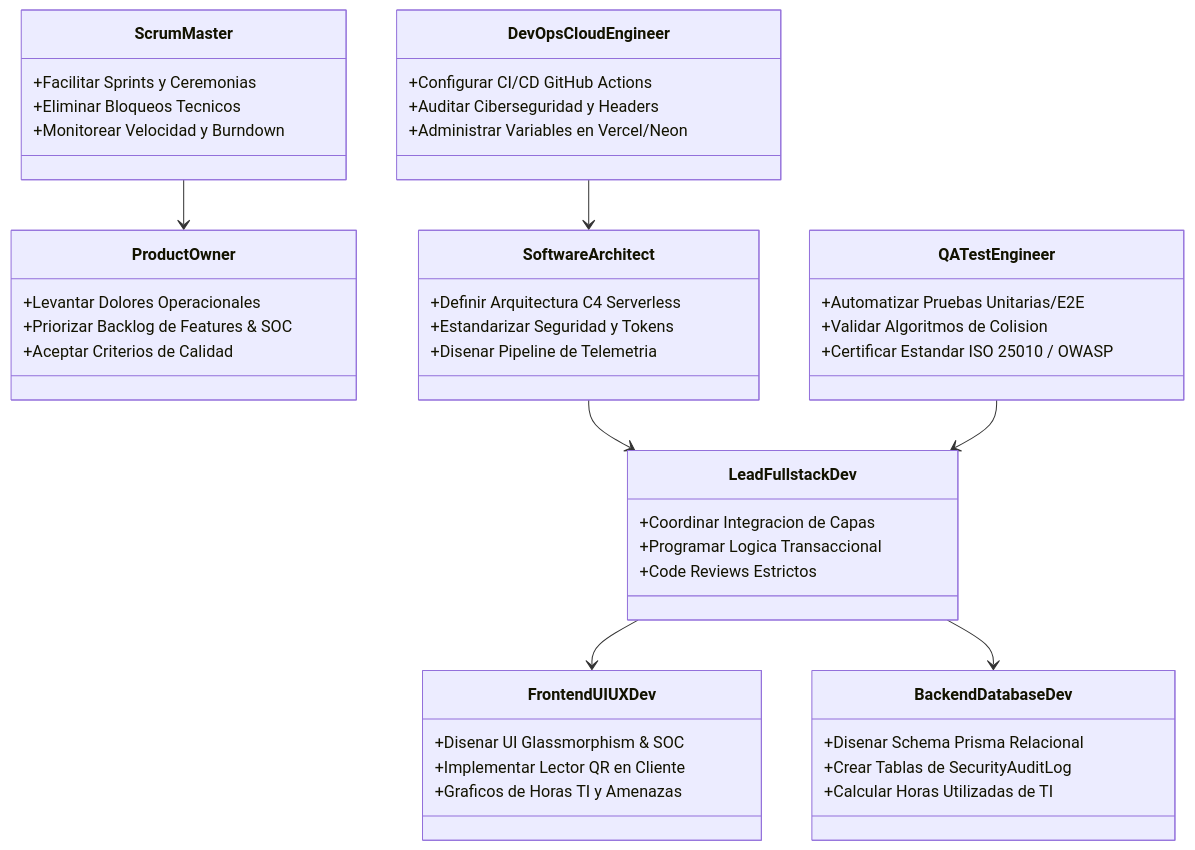
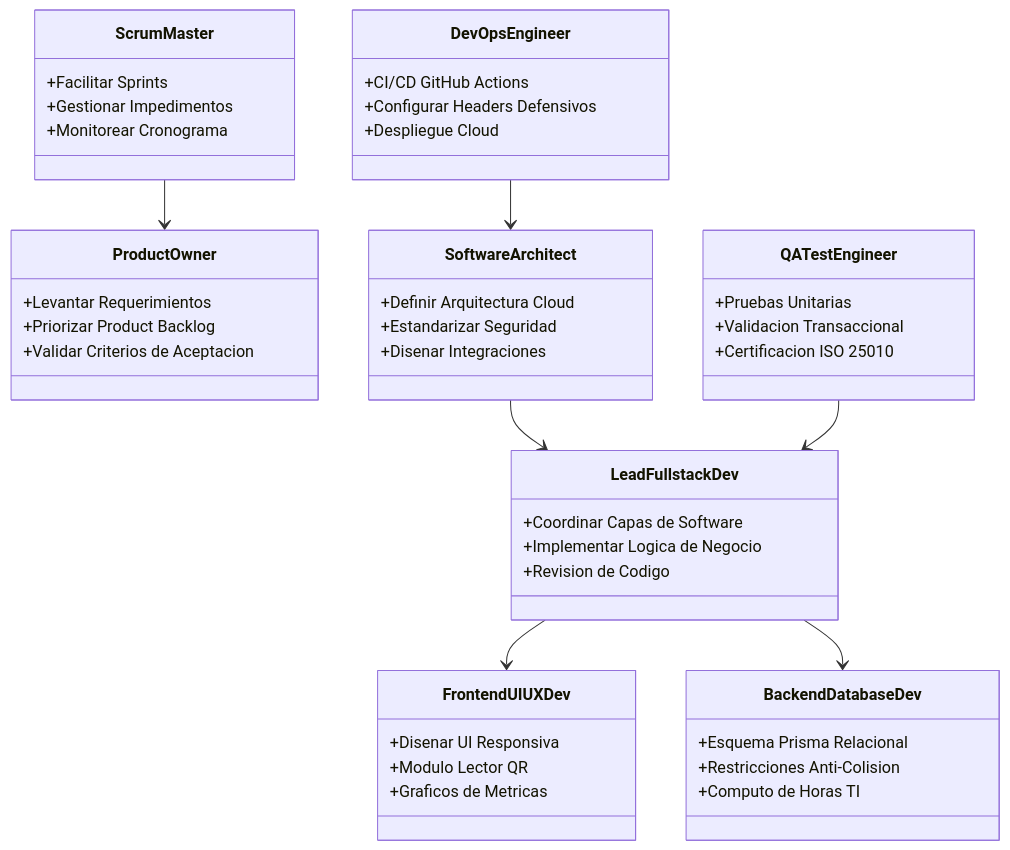
One commit to IMANDOI/sistema-gestion-auditorios-capstone changed the fifth of 12 diagrams in informe_fase_1_definicion_proyecto.md. Above: the diagram before and after it, drawn with Mermaid. The commit also changed other lines of this file, not shown here.

Commit message:
docs(capstone): estandarizar a Proyecto Capstone y refinar alcance de ingenieria (informe_fase_1_definicion_proyecto.md)

````diff
--- a/informe_fase_1_definicion_proyecto.md
+++ b/informe_fase_1_definicion_proyecto.md
@@ -211,50 +207,50 @@
 ```mermaid
 classDiagram
     class ProductOwner {
-        +Levantar Dolores Operacionales
-        +Priorizar Backlog de Features & SOC
-        +Aceptar Criterios de Calidad
+        +Levantar Requerimientos
+        +Priorizar Product Backlog
+        +Validar Criterios de Aceptacion
     }
     class ScrumMaster {
-        +Facilitar Sprints y Ceremonias
-        +Eliminar Bloqueos Tecnicos
-        +Monitorear Velocidad y Burndown
+        +Facilitar Sprints
+        +Gestionar Impedimentos
+        +Monitorear Cronograma
     }
     class SoftwareArchitect {
-        +Definir Arquitectura C4 Serverless
-        +Estandarizar Seguridad y Tokens
-        +Disenar Pipeline de Telemetria
+        +Definir Arquitectura Cloud
+        +Estandarizar Seguridad
+        +Disenar Integraciones
     }
     class LeadFullstackDev {
-        +Coordinar Integracion de Capas
-        +Programar Logica Transaccional
-        +Code Reviews Estrictos
+        +Coordinar Capas de Software
+        +Implementar Logica de Negocio
+        +Revision de Codigo
     }
     class FrontendUIUXDev {
-        +Disenar UI Glassmorphism & SOC
-        +Implementar Lector QR en Cliente
-        +Graficos de Horas TI y Amenazas
+        +Disenar UI Responsiva
+        +Modulo Lector QR
+        +Graficos de Metricas
     }
     class BackendDatabaseDev {
-        +Disenar Schema Prisma Relacional
-        +Crear Tablas de SecurityAuditLog
-        +Calcular Horas Utilizadas de TI
+        +Esquema Prisma Relacional
+        +Restricciones Anti-Colision
+        +Computo de Horas TI
     }
     class QATestEngineer {
-        +Automatizar Pruebas Unitarias/E2E
-        +Validar Algoritmos de Colision
-        +Certificar Estandar ISO 25010 / OWASP
+        +Pruebas Unitarias
+        +Validacion Transaccional
+        +Certificacion ISO 25010
     }
-    class DevOpsCloudEngineer {
-        +Configurar CI/CD GitHub Actions
-        +Auditar Ciberseguridad y Headers
-        +Administrar Variables en Vercel/Neon
+    class DevOpsEngineer {
+        +CI/CD GitHub Actions
+        +Configurar Headers Defensivos
+        +Despliegue Cloud
     }
 
     ScrumMaster --> ProductOwner
     SoftwareArchitect --> LeadFullstackDev
     LeadFullstackDev --> FrontendUIUXDev
     LeadFullstackDev --> BackendDatabaseDev
     QATestEngineer --> LeadFullstackDev
-    DevOpsCloudEngineer --> SoftwareArchitect
+    DevOpsEngineer --> SoftwareArchitect
 ```
````
